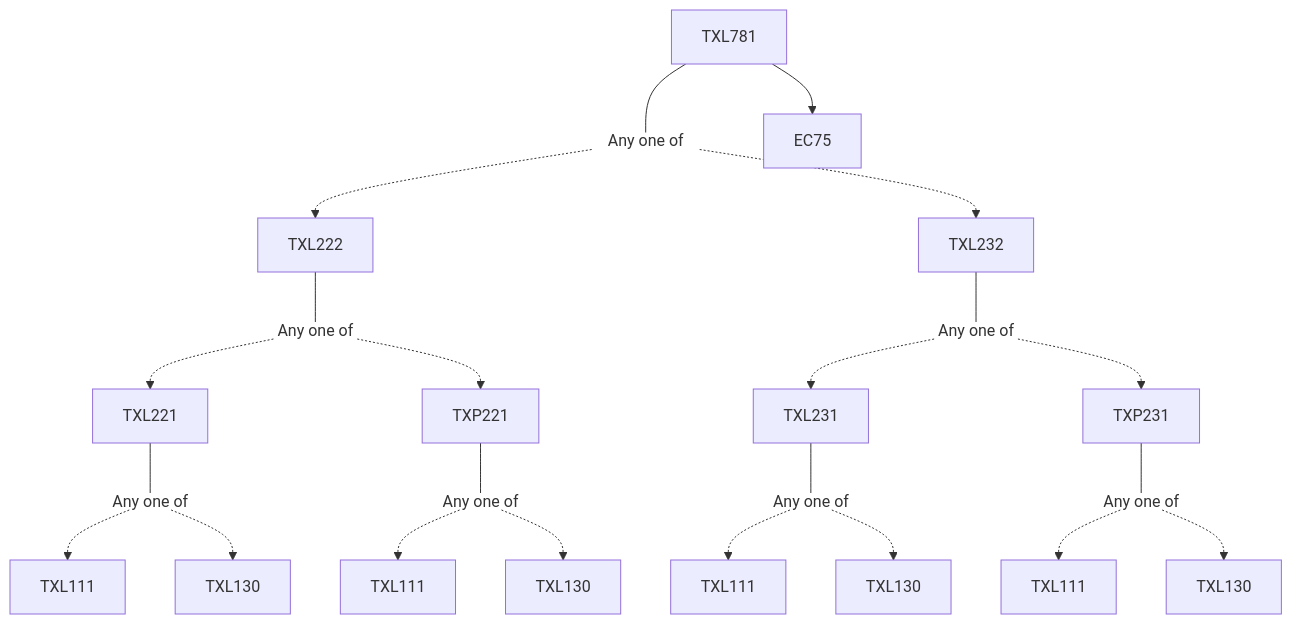
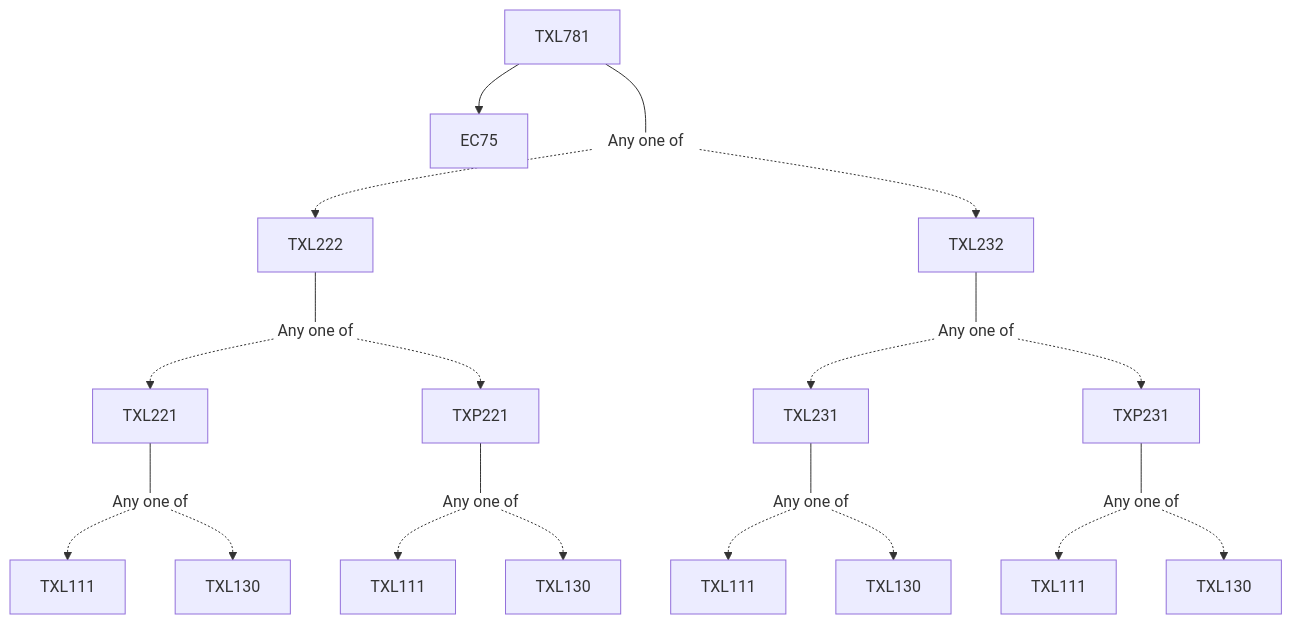
One commit to KeshavBansal0122/CoS_Website changed the diagram in content/Textile and Fibre Engineering/TXL781.md. Above: the diagram before and after it, drawn with Mermaid. The commit also changed other lines of this file and 2667 other files, not shown here.

````diff
--- a/content/Textile and Fibre Engineering/TXL781.md
+++ b/content/Textile and Fibre Engineering/TXL781.md
@@ -15,29 +13,29 @@
 ```mermaid
 flowchart TD
-TXL781-619[TXL781]
-TXL781-619 --- Or620[Any one of]:::empty
-TXL222-621 --- Or622[Any one of]:::empty
-TXL221-623 --- Or624[Any one of]:::empty
-Or624 -.-> TXL111-625[TXL111]
-Or624 -.-> TXL130-626[TXL130]
-Or622 -.-> TXL221-623[TXL221]
-Or622 -.-> TXP221-627[TXP221]
-TXP221-627 --- Or628[Any one of]:::empty
-Or628 -.-> TXL111-629[TXL111]
-Or628 -.-> TXL130-630[TXL130]
-Or620 -.-> TXL222-621[TXL222]
-TXL232-631 --- Or632[Any one of]:::empty
-Or632 -.-> TXL231-633[TXL231]
-TXL231-633 --- Or634[Any one of]:::empty
-Or634 -.-> TXL111-635[TXL111]
-Or634 -.-> TXL130-636[TXL130]
-Or632 -.-> TXP231-637[TXP231]
-TXP231-637 --- Or638[Any one of]:::empty
-Or638 -.-> TXL111-639[TXL111]
-Or638 -.-> TXL130-640[TXL130]
-Or620 -.-> TXL232-631[TXL232]
-TXL781-619 --> EC75-619[EC75]
+TXL781-1841[TXL781]
+TXL781-1841 --> EC75-1841[EC75]
+TXL781-1841 --- Or1842[Any one of]:::empty
+TXL222-1843 --- Or1844[Any one of]:::empty
+TXL221-1845 --- Or1846[Any one of]:::empty
+Or1846 -.-> TXL111-1847[TXL111]
+Or1846 -.-> TXL130-1848[TXL130]
+Or1844 -.-> TXL221-1845[TXL221]
+TXP221-1849 --- Or1850[Any one of]:::empty
+Or1850 -.-> TXL111-1851[TXL111]
+Or1850 -.-> TXL130-1852[TXL130]
+Or1844 -.-> TXP221-1849[TXP221]
+Or1842 -.-> TXL222-1843[TXL222]
+TXL232-1853 --- Or1854[Any one of]:::empty
+TXL231-1855 --- Or1856[Any one of]:::empty
+Or1856 -.-> TXL111-1857[TXL111]
+Or1856 -.-> TXL130-1858[TXL130]
+Or1854 -.-> TXL231-1855[TXL231]
+Or1854 -.-> TXP231-1859[TXP231]
+TXP231-1859 --- Or1860[Any one of]:::empty
+Or1860 -.-> TXL111-1861[TXL111]
+Or1860 -.-> TXL130-1862[TXL130]
+Or1842 -.-> TXL232-1853[TXL232]
 
 classDef empty height:17px, fill:transparent, stroke:transparent;
 classDef trueEmpty height:0px, width:0px;
 ```
````
